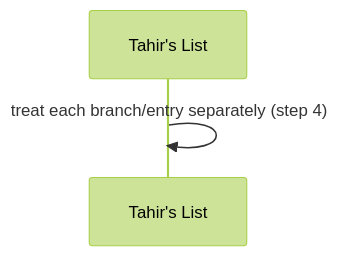
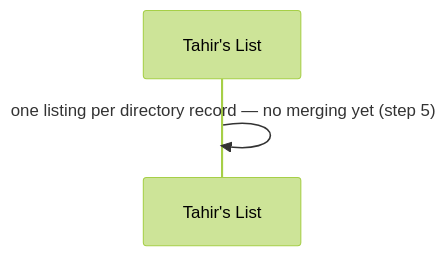
The second of 11 diagrams in docs/features/SC-211/04-blackbox/UC-01-run-sample-directory-ingestion.md (Losers-Lab/tahirs-list), drawn with Mermaid (forest theme) before and after one commit. The commit also changed other lines of this file and 16 other files, not shown here.

````diff
--- a/docs/features/SC-211/04-blackbox/UC-01-run-sample-directory-ingestion.md
+++ b/docs/features/SC-211/04-blackbox/UC-01-run-sample-directory-ingestion.md
@@ -30,5 +31,5 @@
 ```mermaid
 sequenceDiagram
   participant TL as Tahir's List
-  TL->>TL: treat each branch/entry separately (step 4)
+  TL->>TL: one listing per directory record — no merging yet (step 5)
 ```
````
